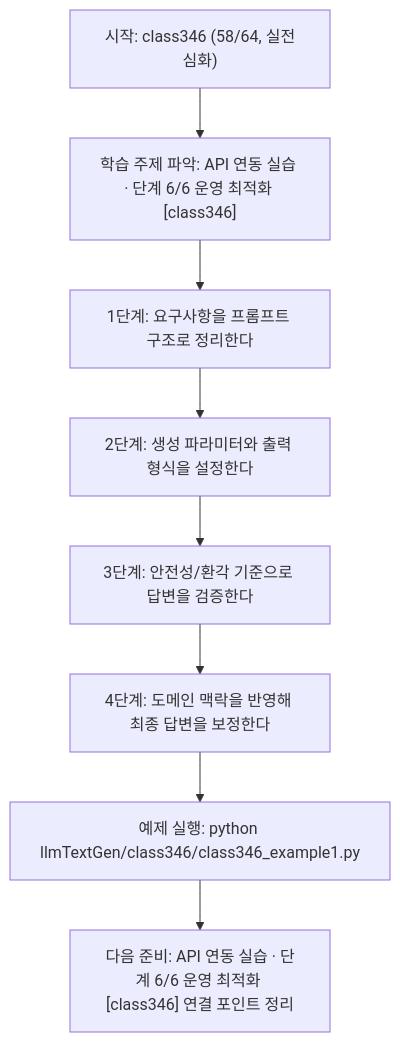
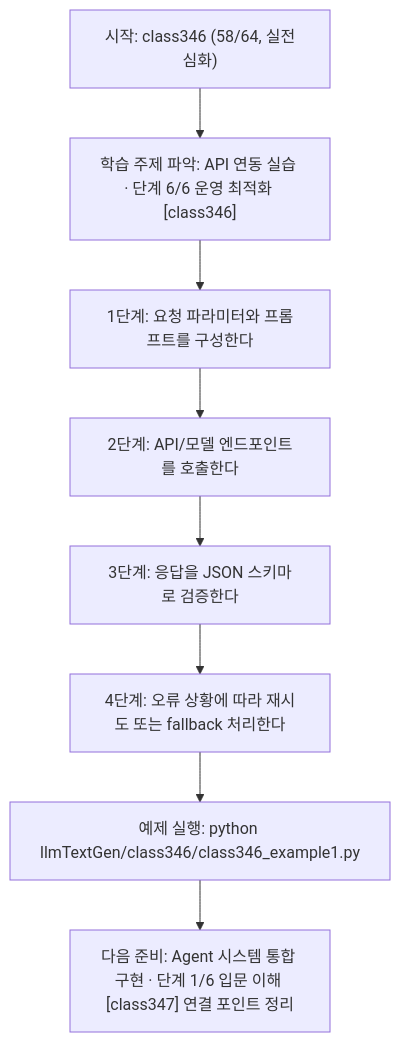
The diagram in llmTextGen/class346/class346.md (edumgt/Python-AI_Agent-Class), drawn with Mermaid before and after one commit. The commit also changed other lines of this file and 451 other files, not shown here.

````diff
--- a/llmTextGen/class346/class346.md
+++ b/llmTextGen/class346/class346.md
@@ -114,18 +95,18 @@
 ```mermaid
 flowchart TD
 N1["시작: class346 (58/64, 실전심화)"]
 N2["학습 주제 파악: API 연동 실습 · 단계 6/6 운영 최적화 [class346]"]
-N3["1단계: 요구사항을 프롬프트 구조로 정리한다"]
-N4["2단계: 생성 파라미터와 출력 형식을 설정한다"]
-N5["3단계: 안전성/환각 기준으로 답변을 검증한다"]
-N6["4단계: 도메인 맥락을 반영해 최종 답변을 보정한다"]
+N3["1단계: 요청 파라미터와 프롬프트를 구성한다"]
+N4["2단계: API/모델 엔드포인트를 호출한다"]
+N5["3단계: 응답을 JSON 스키마로 검증한다"]
+N6["4단계: 오류 상황에 따라 재시도 또는 fallback 처리한다"]
 N7["예제 실행: python llmTextGen/class346/class346_example1.py"]
-N8["다음 준비: API 연동 실습 · 단계 6/6 운영 최적화 [class346] 연결 포인트 정리"]
+N8["다음 준비: Agent 시스템 통합 구현 · 단계 1/6 입문 이해 [class347] 연결 포인트 정리"]
 N1 --> N2
 N2 --> N3
 N3 --> N4
 N4 --> N5
 N5 --> N6
 N6 --> N7
 N7 --> N8
 ```
````
